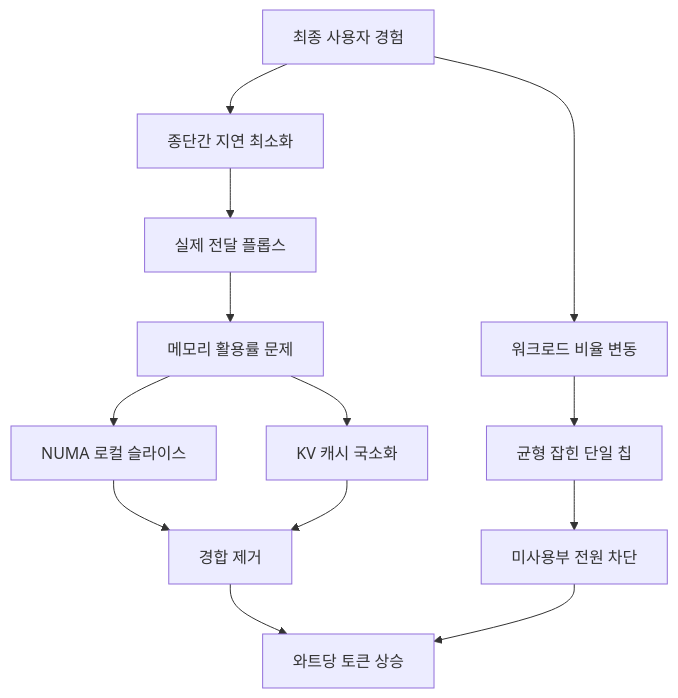
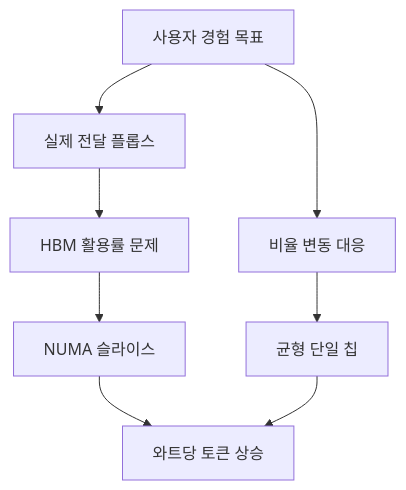
One commit to yohan4477/semi-report changed the tenth of 10 diagrams in insights/frames/exp/2026-08-27-openai-jalapeno-tech-opus.md. Above: the diagram before and after it, drawn with Mermaid. The commit also changed other lines of this file and 2 other files, not shown here.

````diff
--- a/insights/frames/exp/2026-08-27-openai-jalapeno-tech-opus.md
+++ b/insights/frames/exp/2026-08-27-openai-jalapeno-tech-opus.md
@@ -325,15 +285,10 @@
 ```mermaid
 flowchart TD
-    A["최종 사용자 경험"] --> B["종단간 지연 최소화"]
-    B --> C["실제 전달 플롭스"]
-    C --> D["메모리 활용률 문제"]
-    D --> E["NUMA 로컬 슬라이스"]
-    D --> F["KV 캐시 국소화"]
-    E --> G["경합 제거"]
-    F --> G
-    G --> H["와트당 토큰 상승"]
-    A --> I["워크로드 비율 변동"]
-    I --> J["균형 잡힌 단일 칩"]
-    J --> K["미사용부 전원 차단"]
-    K --> H
+    A["사용자 경험 목표"] --> B["실제 전달 플롭스"]
+    A --> F["비율 변동 대응"]
+    B --> C["HBM 활용률 문제"]
+    C --> D["NUMA 슬라이스"]
+    F --> G["균형 단일 칩"]
+    D --> E["와트당 토큰 상승"]
+    G --> E
 ```
````
